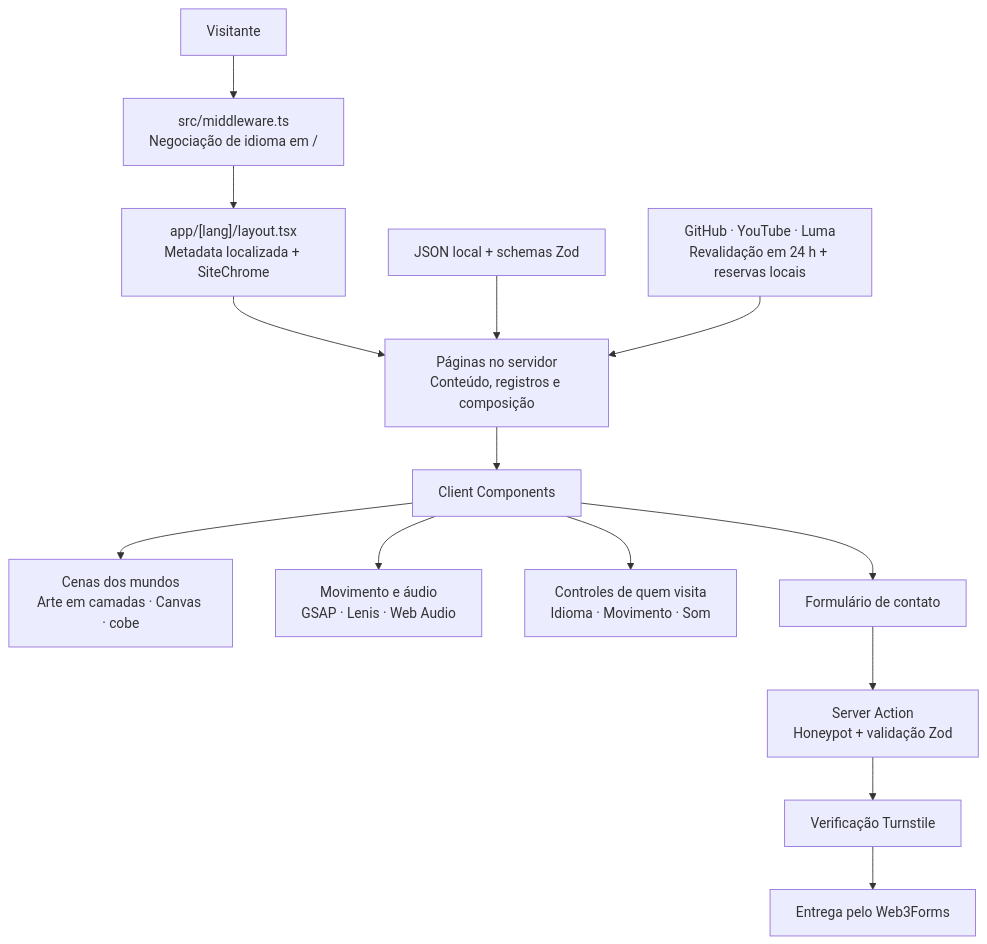
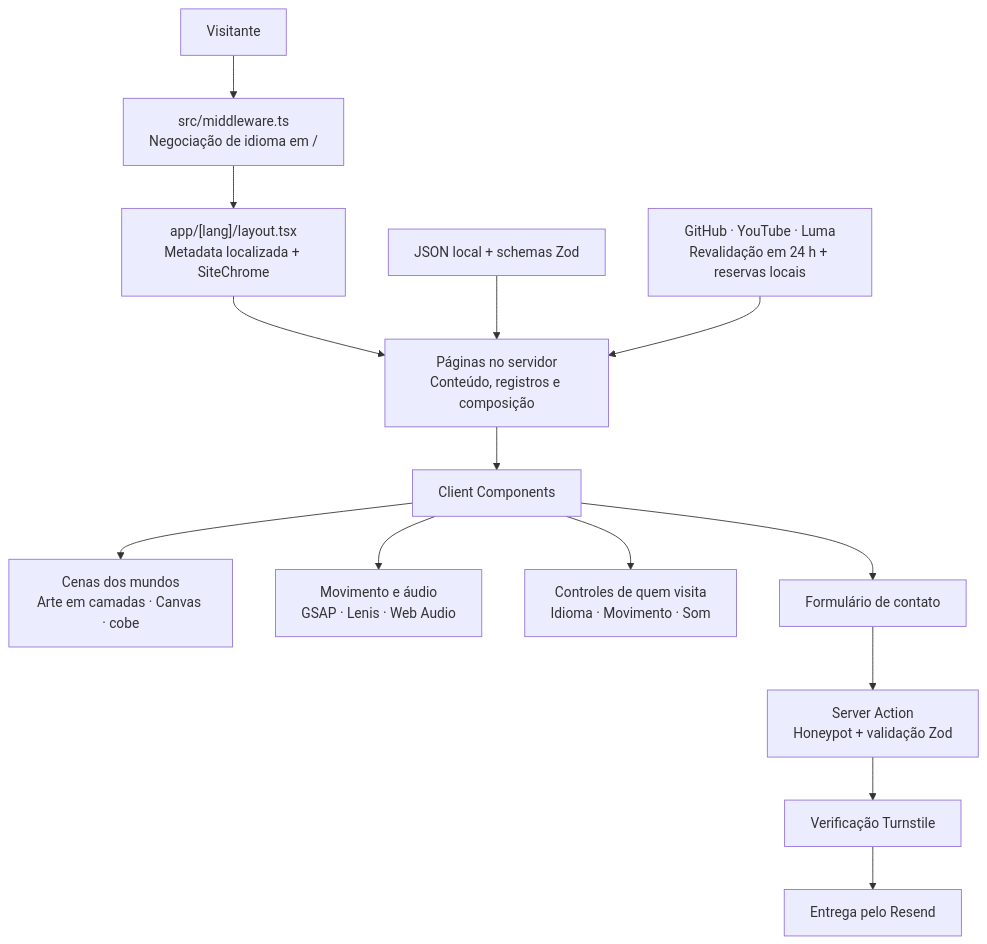
One commit to glaucia86/glaucialemos.dev changed the diagram in README.pt-BR.md. Above: the diagram before and after it, drawn with Mermaid. The commit also changed other lines of this file and 196 other files, not shown here.

````diff
--- a/README.pt-BR.md
+++ b/README.pt-BR.md
@@ -113,16 +122,16 @@
 ```mermaid
 flowchart TD
     V["Visitante"] --> M["src/middleware.ts<br/>Negociação de idioma em /"]
     M --> L["app/[lang]/layout.tsx<br/>Metadata localizada + SiteChrome"]
     L --> P["Páginas no servidor<br/>Conteúdo, registros e composição"]
     D["JSON local + schemas Zod"] --> P
     R["GitHub · YouTube · Luma<br/>Revalidação em 24 h + reservas locais"] --> P
     P --> C["Client Components"]
     C --> W["Cenas dos mundos<br/>Arte em camadas · Canvas · cobe"]
     C --> A["Movimento e áudio<br/>GSAP · Lenis · Web Audio"]
     C --> U["Controles de quem visita<br/>Idioma · Movimento · Som"]
     C --> F["Formulário de contato"]
     F --> S["Server Action<br/>Honeypot + validação Zod"]
     S --> T["Verificação Turnstile"]
-    T --> E["Entrega pelo Web3Forms"]
+    T --> E["Entrega pelo Resend"]
 ```
````
